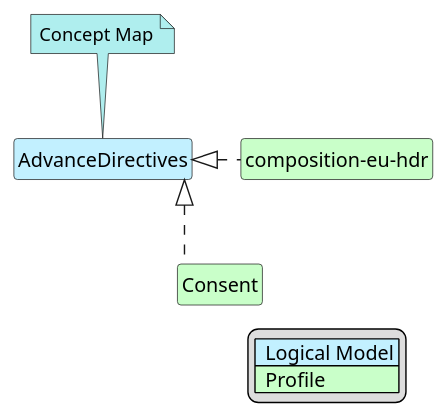
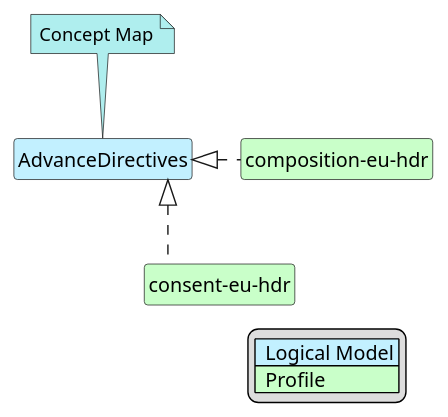
Before and after one commit to hl7-eu/hdr: the diagram in input/images-source/AdvanceDirectives-map.plantuml, drawn with PlantUML. The commit also changed 15 other files, not shown here.

```diff
--- a/input/images-source/AdvanceDirectives-map.plantuml
+++ b/input/images-source/AdvanceDirectives-map.plantuml
@@ -1,24 +1,24 @@
 @startuml
 hide circle
 hide stereotype
 hide members
 hide methods
 skinparam linetype ortho
 skinparam class {
 BackgroundColor<<LogicalModel>> #APPLICATION
 BackgroundColor<<Profile>> #TECHNOLOGY
 }
 legend right
 | <#APPLICATION>  Logical Model |
 | <#TECHNOLOGY>  Profile |
 endlegend
 class "AdvanceDirectives" <<LogicalModel>> [[StructureDefinition-AdvanceDirectives.html]]
 note top #PaleTurquoise [[ConceptMap-advanceDirectives2FHIR-eu-hdr.html]]
 Concept Map
 endnote
 class "composition-eu-hdr" <<Profile>> [[StructureDefinition-composition-eu-hdr.html]]
 "AdvanceDirectives" <|. "composition-eu-hdr"
-class "Consent" <<Profile>> [[http://hl7.org/fhir/StructureDefinition/Consent]]
-"AdvanceDirectives" <|. "Consent"
-"composition-eu-hdr" -d[hidden]-> "Consent"
+class "consent-eu-hdr" <<Profile>> [[http://hl7.org/fhir/StructureDefinition/consent-eu-hdr]]
+"AdvanceDirectives" <|. "consent-eu-hdr"
+"composition-eu-hdr" -d[hidden]-> "consent-eu-hdr"
 @enduml
```
